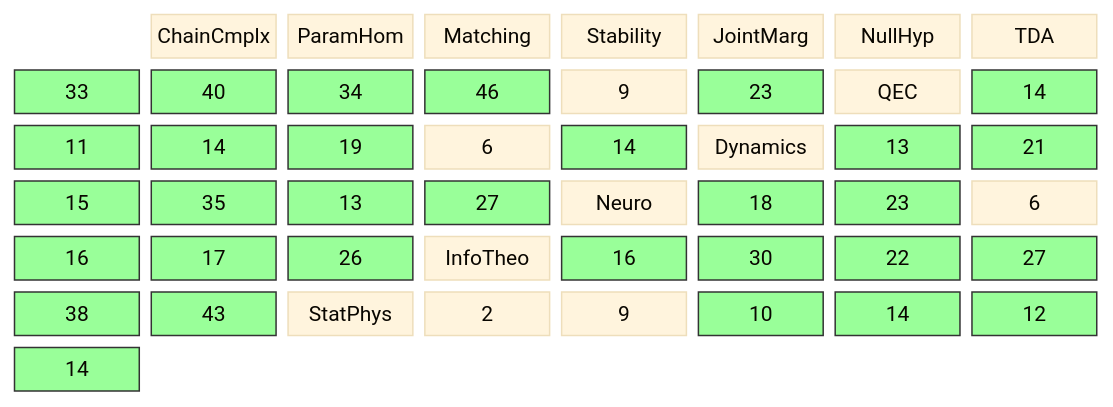
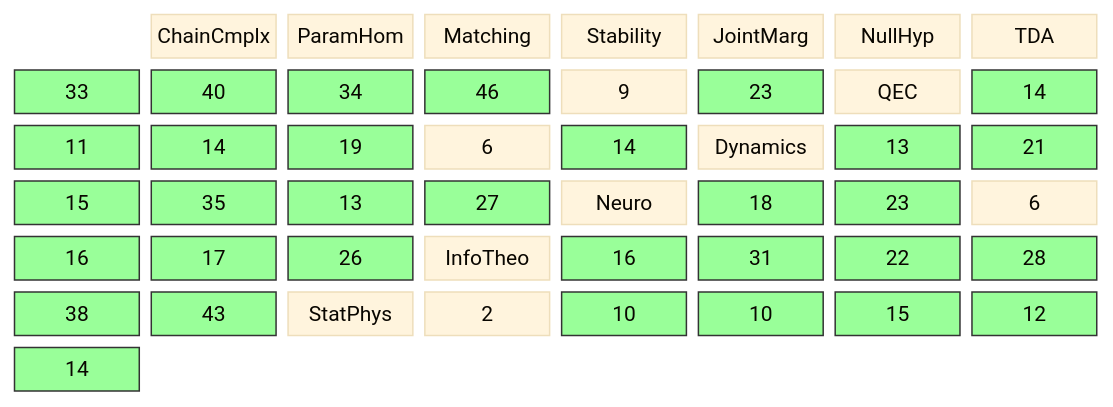
One commit to musicofhel/topoyolo changed the diagram in diagrams/coverage-matrix.md. Above: the diagram before and after it, drawn with Mermaid. The commit also changed other lines of this file and 7 other files, not shown here.

````diff
--- a/diagrams/coverage-matrix.md
+++ b/diagrams/coverage-matrix.md
@@ -22,45 +22,46 @@
 ```mermaid
 %%{init: {'theme': 'base', 'themeVariables': {'fontSize': '14px'}}}%%
 block-beta
   columns 8
 
   space:1 CC["ChainCmplx"] PH["ParamHom"] MA["Matching"] ST["Stability"] JM["JointMarg"] NH["NullHyp"]
 
   TDA["TDA"] TDA_CC["33"] TDA_PH["40"] TDA_MA["34"] TDA_ST["46"] TDA_JM["9"] TDA_NH["23"]
   QEC["QEC"] QEC_CC["14"] QEC_PH["11"] QEC_MA["14"] QEC_ST["19"] QEC_JM["6"] QEC_NH["14"]
   DYN["Dynamics"] DYN_CC["13"] DYN_PH["21"] DYN_MA["15"] DYN_ST["35"] DYN_JM["13"] DYN_NH["27"]
   NEU["Neuro"] NEU_CC["18"] NEU_PH["23"] NEU_MA["6"] NEU_ST["16"] NEU_JM["17"] NEU_NH["26"]
-  IT["InfoTheo"] IT_CC["16"] IT_PH["30"] IT_MA["22"] IT_ST["27"] IT_JM["38"] IT_NH["43"]
-  SP["StatPhys"] SP_CC["2"] SP_PH["9"] SP_MA["10"] SP_ST["14"] SP_JM["12"] SP_NH["14"]
+  IT["InfoTheo"] IT_CC["16"] IT_PH["31"] IT_MA["22"] IT_ST["28"] IT_JM["38"] IT_NH["43"]
+  SP["StatPhys"] SP_CC["2"] SP_PH["10"] SP_MA["10"] SP_ST["15"] SP_JM["12"] SP_NH["14"]
   style TDA_CC fill:#9f9,stroke:#333
   style TDA_PH fill:#9f9,stroke:#333
   style TDA_MA fill:#9f9,stroke:#333
   style TDA_ST fill:#9f9,stroke:#333
   style TDA_NH fill:#9f9,stroke:#333
   style QEC_CC fill:#9f9,stroke:#333
   style QEC_PH fill:#9f9,stroke:#333
   style QEC_MA fill:#9f9,stroke:#333
   style QEC_ST fill:#9f9,stroke:#333
   style QEC_NH fill:#9f9,stroke:#333
   style DYN_CC fill:#9f9,stroke:#333
   style DYN_PH fill:#9f9,stroke:#333
   style DYN_MA fill:#9f9,stroke:#333
   style DYN_ST fill:#9f9,stroke:#333
   style DYN_JM fill:#9f9,stroke:#333
   style DYN_NH fill:#9f9,stroke:#333
   style NEU_CC fill:#9f9,stroke:#333
   style NEU_PH fill:#9f9,stroke:#333
   style NEU_ST fill:#9f9,stroke:#333
   style NEU_JM fill:#9f9,stroke:#333
   style NEU_NH fill:#9f9,stroke:#333
   style IT_CC fill:#9f9,stroke:#333
   style IT_PH fill:#9f9,stroke:#333
   style IT_MA fill:#9f9,stroke:#333
   style IT_ST fill:#9f9,stroke:#333
   style IT_JM fill:#9f9,stroke:#333
   style IT_NH fill:#9f9,stroke:#333
+  style SP_PH fill:#9f9,stroke:#333
   style SP_MA fill:#9f9,stroke:#333
   style SP_ST fill:#9f9,stroke:#333
   style SP_JM fill:#9f9,stroke:#333
   style SP_NH fill:#9f9,stroke:#333
 ```
````
